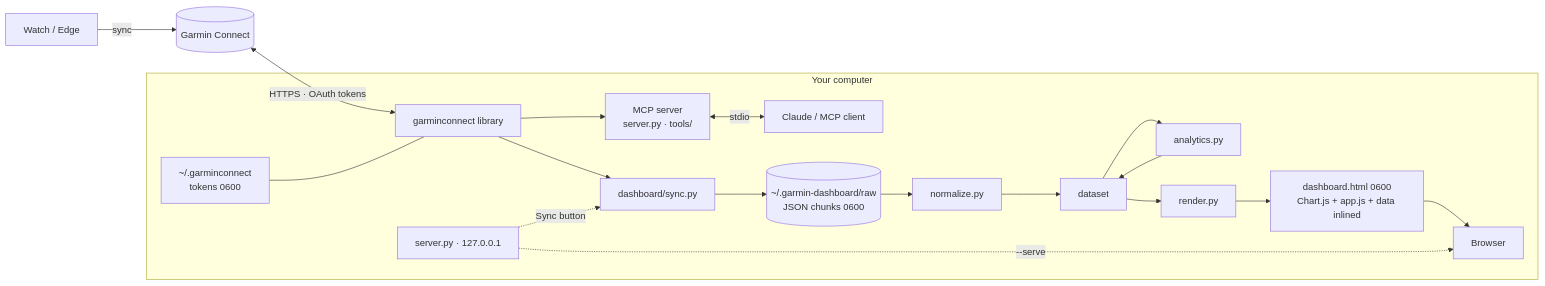
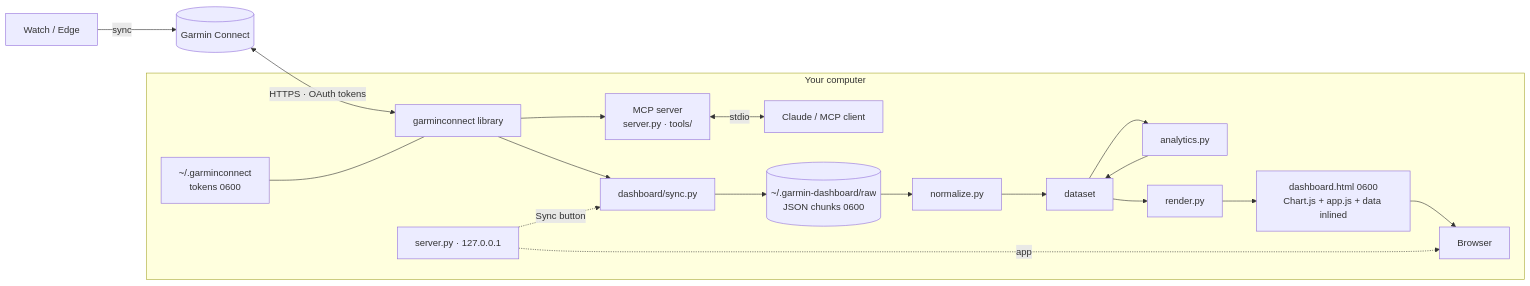
One commit to scortes5/garmin-connect-mcp changed the diagram in docs/ARCHITECTURE.md. Above: the diagram before and after it, drawn with Mermaid. The commit also changed other lines of this file and 15 other files, not shown here.

````diff
--- a/docs/ARCHITECTURE.md
+++ b/docs/ARCHITECTURE.md
@@ -10,18 +10,18 @@
 ```mermaid
 flowchart LR
     W[Watch / Edge] -->|sync| GC[(Garmin Connect)]
     GC <-->|HTTPS · OAuth tokens| L[garminconnect library]
     subgraph local[Your computer]
         T[~/.garminconnect<br/>tokens 0600] --- L
         L --> MCP[MCP server<br/>server.py · tools/]
         L --> SYNC[dashboard/sync.py]
         MCP <-->|stdio| C[Claude / MCP client]
         SYNC --> CACHE[(~/.garmin-dashboard/raw<br/>JSON chunks 0600)]
         CACHE --> NORM[normalize.py] --> DS[dataset]
         DS --> AN[analytics.py] --> DS
         DS --> R[render.py] --> HTML[dashboard.html 0600<br/>Chart.js + app.js + data inlined]
         HTML --> B[Browser]
-        SRV[server.py · 127.0.0.1] -.->|--serve| B
+        SRV[server.py · 127.0.0.1] -.->|app| B
         SRV -.->|Sync button| SYNC
     end
 ```
````
